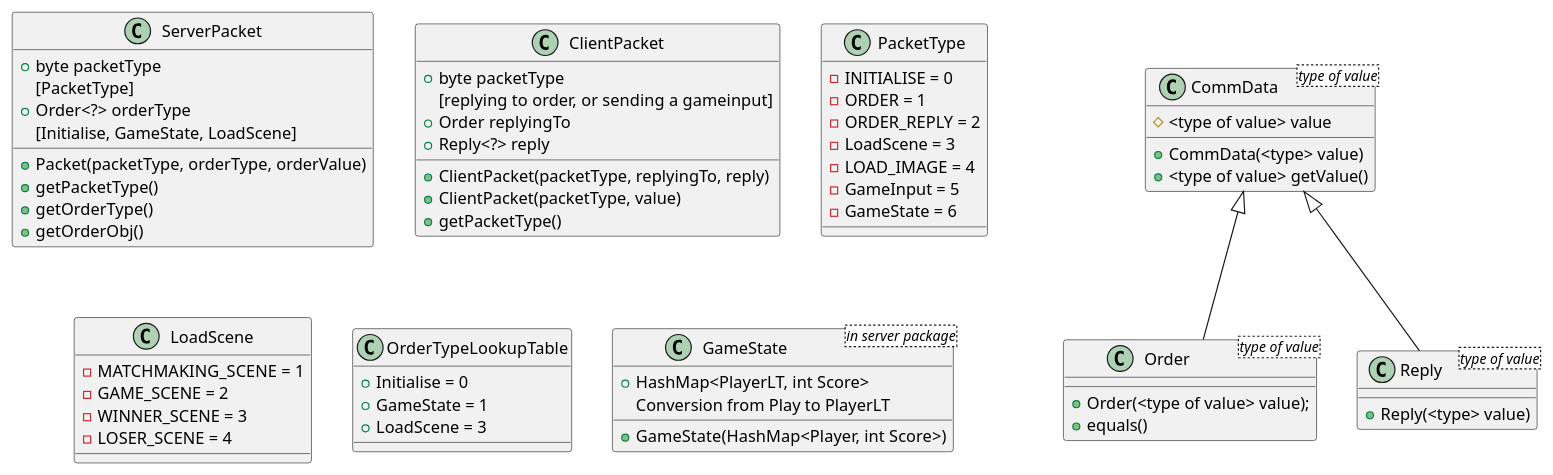
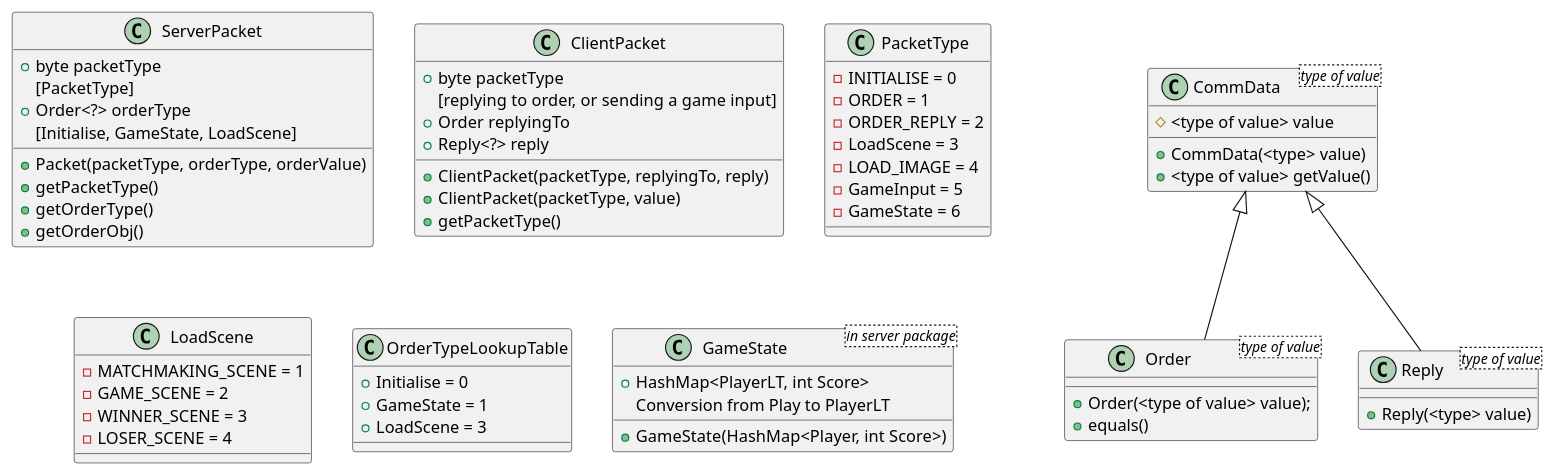
Before and after one commit to yashdwivedi/mavenproject1: the diagram in Flowcharts/Resources/DataPacketRedesign.pu, drawn with PlantUML.

Commit message:
correct spelling. thnx bot

```diff
--- a/Flowcharts/Resources/DataPacketRedesign.pu
+++ b/Flowcharts/Resources/DataPacketRedesign.pu
@@ -1,64 +1,64 @@
 @startuml classes for communication
 class ServerPacket {
     + byte packetType 
       [PacketType]
     + Order<?> orderType 
       [Initialise, GameState, LoadScene]
     + Packet(packetType, orderType, orderValue)
     + getPacketType()
     + getOrderType()
     + getOrderObj()
 }
 class ClientPacket {
     + byte packetType
-      [replying to order, or sending a gameinput]
+      [replying to order, or sending a game input]
     + Order replyingTo
     + Reply<?> reply
     + ClientPacket(packetType, replyingTo, reply)
     + ClientPacket(packetType, value)
     + getPacketType()
 
     
 }
 class PacketType{
     - INITIALISE = 0
     - ORDER = 1
     - ORDER_REPLY = 2
     - LoadScene = 3
     - LOAD_IMAGE = 4
     - GameInput = 5
     - GameState = 6
 }
 class LoadScene{
     - MATCHMAKING_SCENE = 1
     - GAME_SCENE = 2
     - WINNER_SCENE = 3
     - LOSER_SCENE = 4
 }
 class OrderTypeLookupTable{
     + Initialise = 0
     + GameState = 1
     + LoadScene = 3
 }
 class CommData<type of value>{
     # <type of value> value
     + CommData(<type> value)
     + <type of value> getValue()
 }
 class Order<type of value>{
     + Order(<type of value> value);
     + equals()
 }
 class Reply<type of value>{
     + Reply(<type> value)
 }
 CommData <|-- Order
 CommData <|-- Reply
 ' Done by: Reply<T> extends CommData<T>
 class GameState<in server package> {
     + HashMap<PlayerLT, int Score>
     + GameState(HashMap<Player, int Score>)
       Conversion from Play to PlayerLT
 
 }
 @endumlP
```
